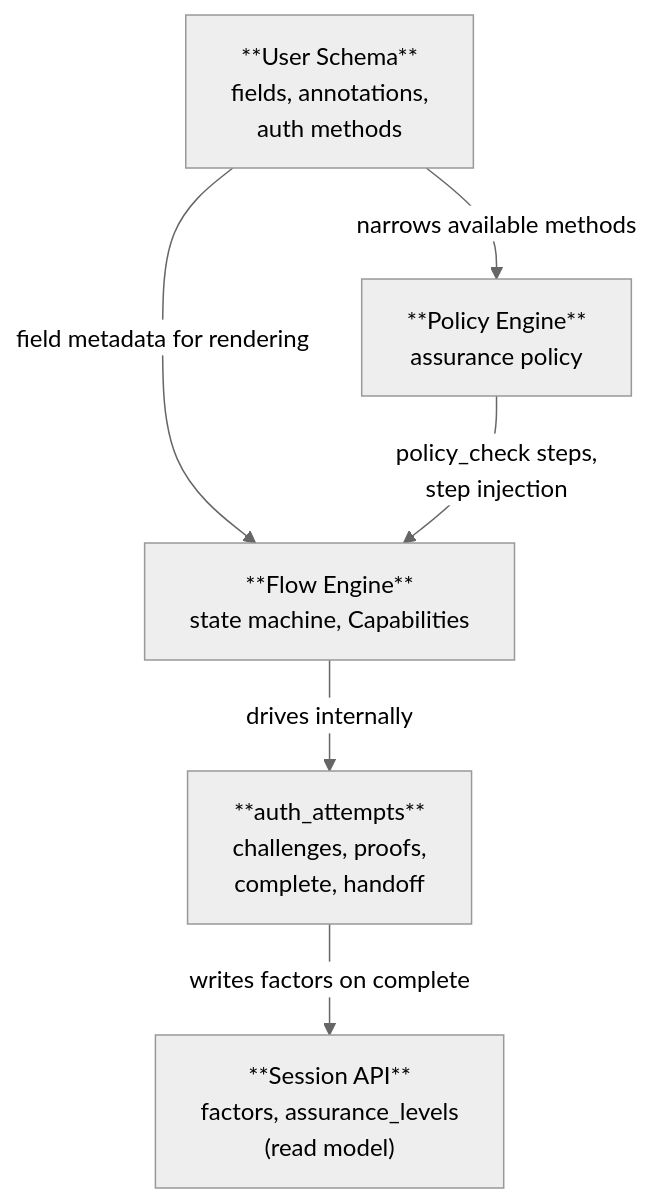
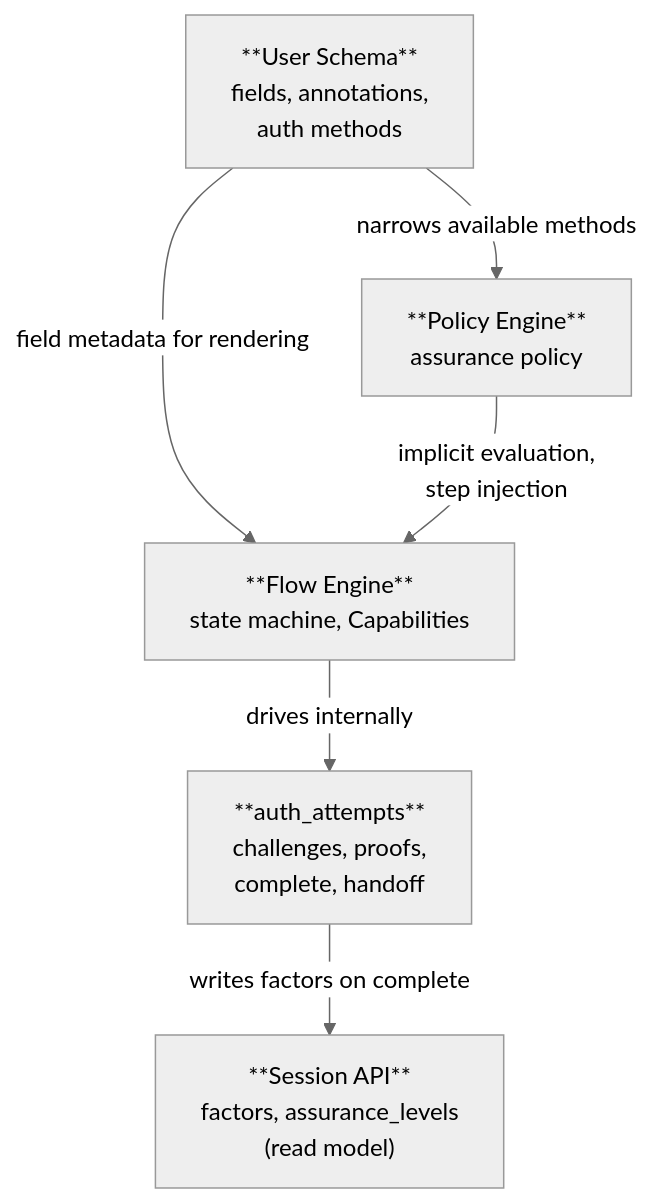
Before and after one commit to zitadel/nextgen: the diagram in docs/design/flowengine/README.md, drawn with Mermaid (neutral theme). The commit also changed other lines of this file and 10 other files, not shown here.

Commit message:
refactor: simplify flow engine to schema-driven step model

````diff
--- a/docs/design/flowengine/README.md
+++ b/docs/design/flowengine/README.md
@@ -74,14 +74,14 @@
 ```mermaid
 graph TD
     Schema["**User Schema**<br>fields, annotations,<br>auth methods"]
     Policy["**Policy Engine**<br>assurance policy"]
     Flow["**Flow Engine**<br>state machine, Capabilities"]
     Attempts["**auth_attempts**<br>challenges, proofs,<br>complete, handoff"]
     Session["**Session API**<br>factors, assurance_levels<br>(read model)"]
 
     Schema -- "narrows available methods" --> Policy
     Schema -- "field metadata for rendering" --> Flow
-    Policy -- "policy_check steps,<br>step injection" --> Flow
+    Policy -- "implicit evaluation,<br>step injection" --> Flow
     Flow -- "drives internally" --> Attempts
     Attempts -- "writes factors on complete" --> Session
 ```
````
